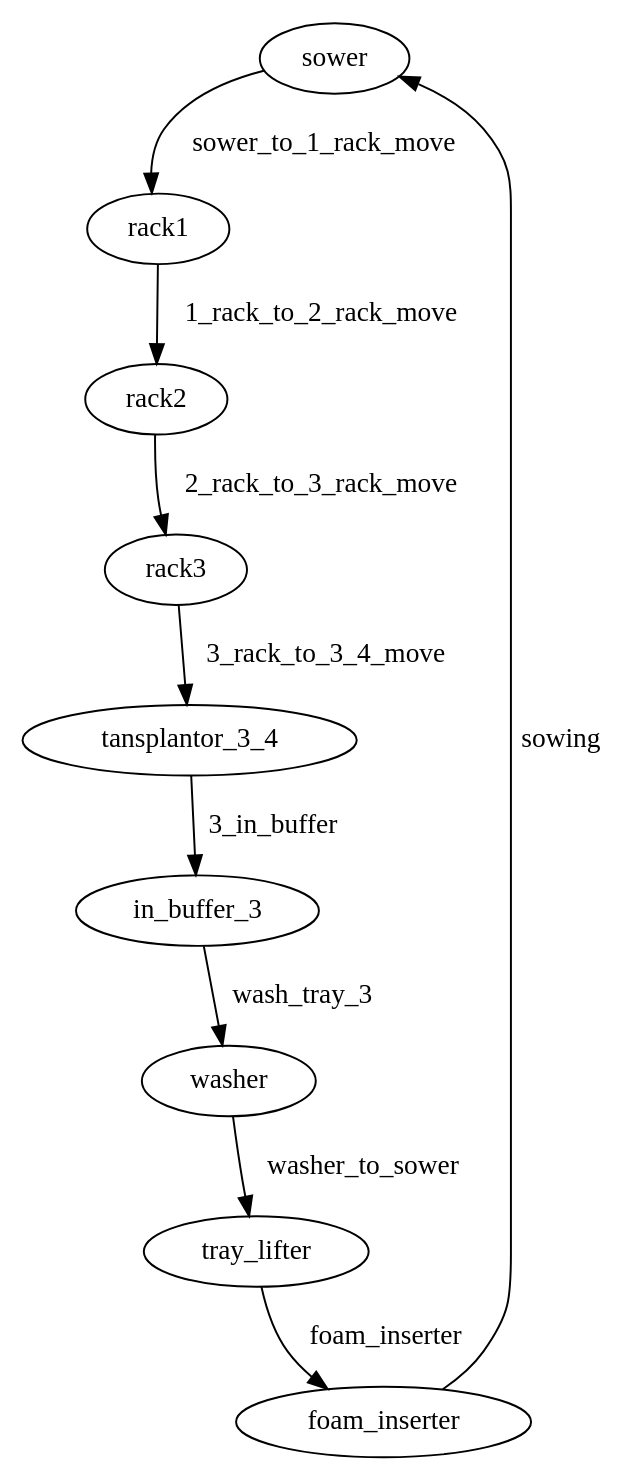
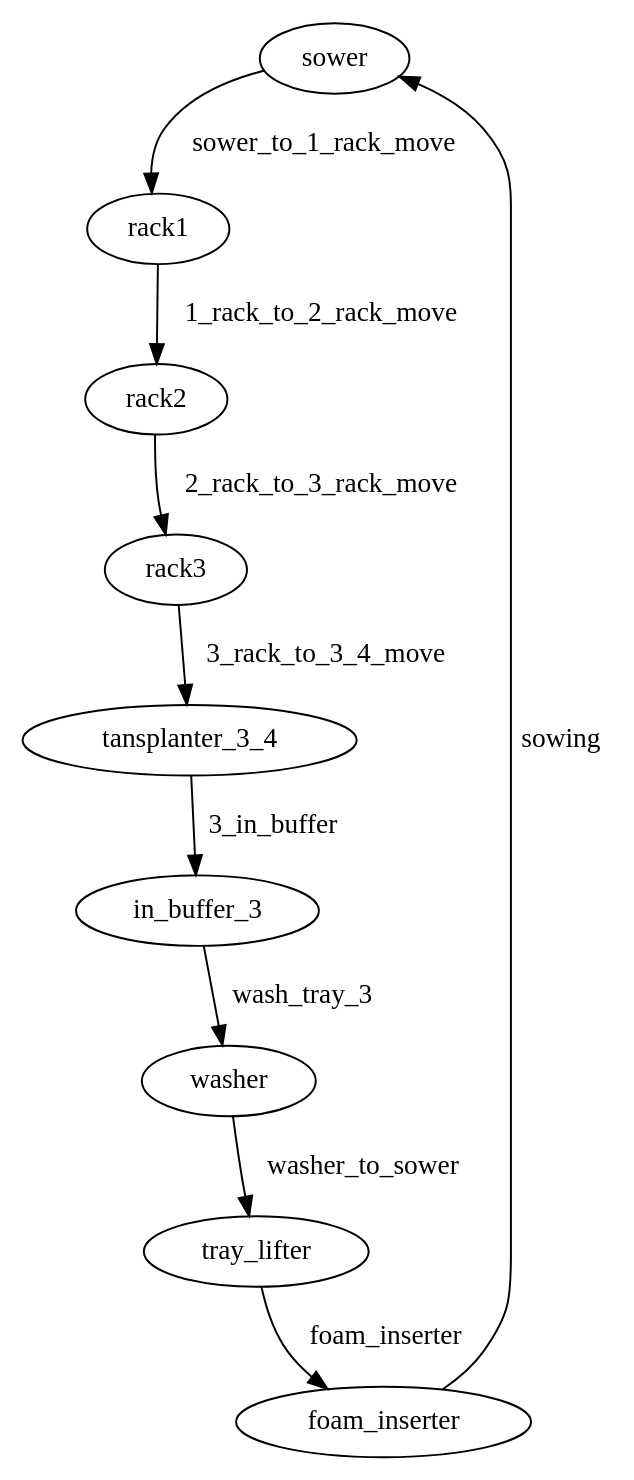
The diagram in server_lib/ellemento/workflow/phase.dot (T2HOPETECHNIK/Ellemento), drawn with Graphviz before and after one commit. The commit also changed 95 other files, not shown here.

```diff
--- a/server_lib/ellemento/workflow/phase.dot
+++ b/server_lib/ellemento/workflow/phase.dot
@@ -1,13 +1,12 @@
     
 digraph {
     sower -> rack1[label="sower_to_1_rack_move"];
     rack1 -> rack2[label="1_rack_to_2_rack_move"];
     rack2 -> rack3[label="2_rack_to_3_rack_move"];
-    rack3 -> tansplantor_3_4[label="3_rack_to_3_4_move"];
-    tansplantor_3_4 -> in_buffer_3[label="3_in_buffer"];
+    rack3 -> tansplanter_3_4[label="3_rack_to_3_4_move"];
+    tansplanter_3_4 -> in_buffer_3[label="3_in_buffer"];
     in_buffer_3 -> washer[label="wash_tray_3"]; 
     washer-> tray_lifter[label = "washer_to_sower"];
     tray_lifter->foam_inserter[label = "foam_inserter"]; 
-    foam_inserter->sower[label = "sowing"]; 
-   
+    foam_inserter->sower[label = "sowing"];
 }
```
